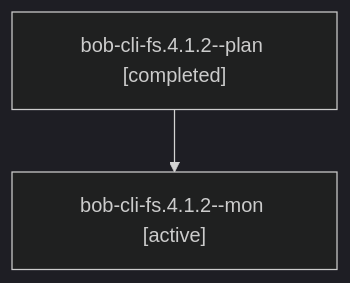
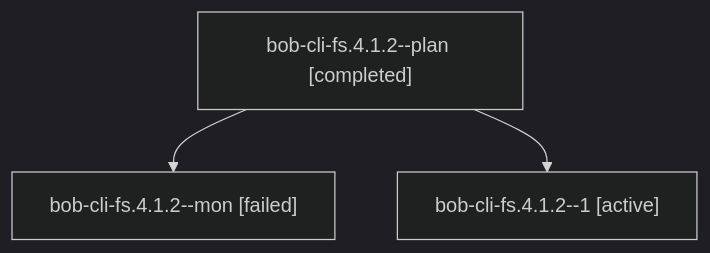
Before and after one commit to bobs-org/bob-cli--agents: the diagram in sessions/bbugyi200.athena.bob-cli-fs.4.1.2.md, drawn with Mermaid (dark theme). The commit also changed other lines of this file and 74 other files, not shown here.

````diff
--- a/sessions/bbugyi200.athena.bob-cli-fs.4.1.2.md
+++ b/sessions/bbugyi200.athena.bob-cli-fs.4.1.2.md
@@ -9,6 +9,8 @@
 ```mermaid
 flowchart TD
   n0["bob-cli-fs.4.1.2--plan [completed]"]
-  n1["bob-cli-fs.4.1.2--mon [active]"]
+  n1["bob-cli-fs.4.1.2--mon [failed]"]
   n0 --> n1
+  n2["bob-cli-fs.4.1.2--1 [active]"]
+  n0 --> n2
 ```
````
